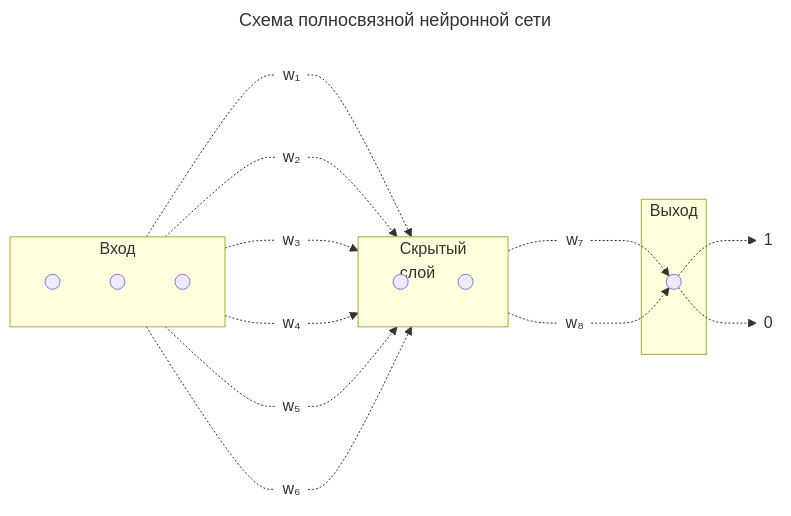
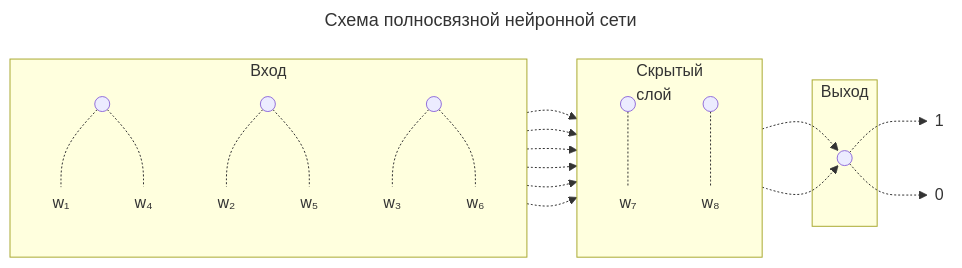
One commit to denisbolshakoff/Automation_of_prereview_of_scientific_manuscripts changed the diagram in readme.md. Above: the diagram before and after it, drawn with Mermaid.

Commit message:
исправлен readme.md файл

````diff
--- a/readme.md
+++ b/readme.md
@@ -29,57 +29,56 @@
 ```mermaid
 ---
 title: Схема полносвязной нейронной сети
 ---
 
 graph LR
 
 classDef nofill fill:none, stroke:none;
 
 
     subgraph Clients[Вход]
         direction TB
 	 A1((" ")) 
 	 A2((" "))
 	 A3((" "))
+	 L1(("w₁")):::nofill
+	 L2(("w₂")):::nofill
+	 L3(("w₃")):::nofill
+	 L4(("w₄")):::nofill
+	 L5(("w₅")):::nofill
+	 L6(("w₆")):::nofill
  	end
 
 	subgraph Hidden[Скрытый<br/>слой]
 	direction TB
 	 B1((" "))
 	 B2((" "))
+	 L7(("w₇")):::nofill
+	 L8(("w₈")):::nofill
 	end
 
 	subgraph exit[Выход]
 	 C1((" "))
 	end
 
-
-	L1(("w₁")):::nofill
-	L2(("w₂")):::nofill
-	L3(("w₃")):::nofill
-	L4(("w₄")):::nofill
-	L5(("w₅")):::nofill
-	L6(("w₆")):::nofill
-	L7(("w₇")):::nofill
-	L8(("w₈")):::nofill
 
 	L9(("1")):::nofill
 	L10(("0")):::nofill
 	
 	 A1 -.-L1-.-> B1
 	 A2 -.-L2-.-> B1
 	 A3 -.-L3-.-> B1
 
 	 A1-.-L4-.->B2
 	 A2-.-L5-.->B2
 	 A3-.-L6-.->B2
 
 
 	 C1 -.-> L9
 	 C1 -.-> L10
 
 
 	 B1-.-L7-.->C1
 	 B2-.-L8-.->C1
 
 ```
````
